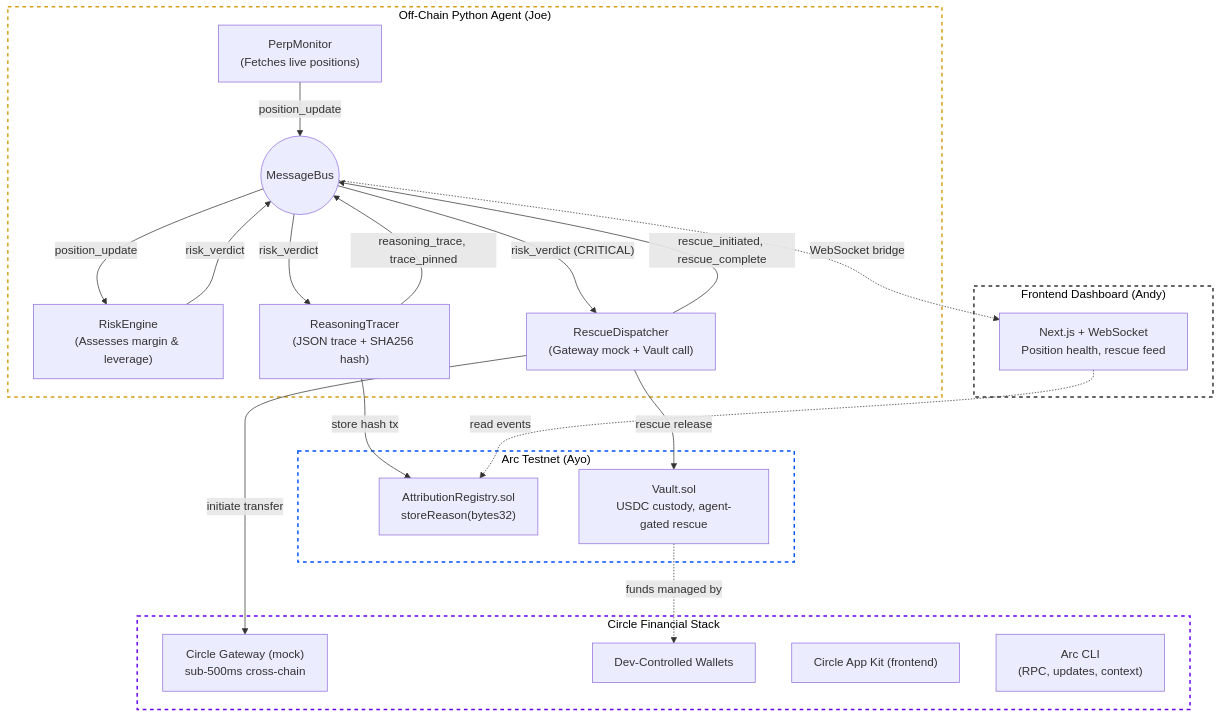
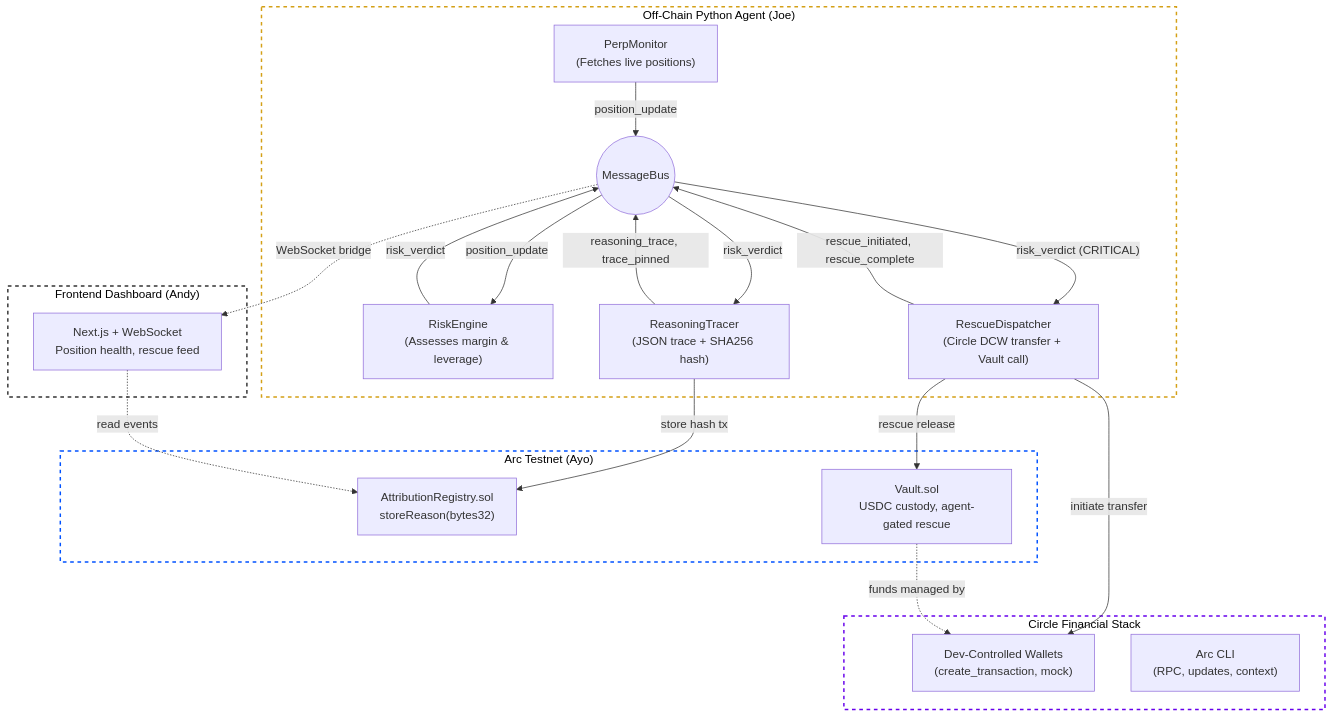
One commit to joethesaint/AGORA-glass changed the diagram in README.md. Above: the diagram before and after it, drawn with Mermaid. The commit also changed other lines of this file and 61 other files, not shown here.

````diff
--- a/README.md
+++ b/README.md
@@ -33,46 +39,44 @@
 ```mermaid
 flowchart TD
     subgraph OffChain["Off-Chain Python Agent (Joe)"]
         Monitor["PerpMonitor\n(Fetches live positions)"]
         Engine["RiskEngine\n(Assesses margin & leverage)"]
         Tracer["ReasoningTracer\n(JSON trace + SHA256 hash)"]
-        Dispatcher["RescueDispatcher\n(Gateway mock + Vault call)"]
+        Dispatcher["RescueDispatcher\n(Circle DCW transfer + Vault call)"]
         Bus(("MessageBus"))
 
         Monitor -->|position_update| Bus
         Bus -->|position_update| Engine
         Engine -->|risk_verdict| Bus
         Bus -->|risk_verdict| Tracer
         Bus -->|"risk_verdict (CRITICAL)"| Dispatcher
         Tracer -->|reasoning_trace, trace_pinned| Bus
         Dispatcher -->|rescue_initiated, rescue_complete| Bus
     end
 
     subgraph OnChain["Arc Testnet (Ayo)"]
         Registry["AttributionRegistry.sol\nstoreReason(bytes32)"]
         Vault["Vault.sol\nUSDC custody, agent-gated rescue"]
     end
 
     subgraph CircleStack["Circle Financial Stack"]
-        Gateway["Circle Gateway (mock)\nsub-500ms cross-chain"]
-        Wallets["Dev-Controlled Wallets"]
-        AppKit["Circle App Kit (frontend)"]
+        Wallets["Dev-Controlled Wallets\n(create_transaction, mock)"]
         CLI["Arc CLI\n(RPC, updates, context)"]
     end
 
     subgraph Frontend["Frontend Dashboard (Andy)"]
         UI["Next.js + WebSocket\nPosition health, rescue feed"]
     end
 
     Bus -.->|"WebSocket bridge"| UI
     Tracer -->|store hash tx| Registry
     Dispatcher -->|rescue release| Vault
-    Dispatcher -->|initiate transfer| Gateway
+    Dispatcher -->|initiate transfer| Wallets
     Vault -.->|funds managed by| Wallets
     UI -.->|read events| Registry
 
     style OffChain fill:none,stroke:#d4a017,stroke-width:2px,stroke-dasharray:5 5,color:#000
     style OnChain fill:none,stroke:#0052ff,stroke-width:2px,stroke-dasharray:5 5,color:#000
     style CircleStack fill:none,stroke:#6700eb,stroke-width:2px,stroke-dasharray:5 5,color:#000
     style Frontend fill:none,stroke:#333,stroke-width:2px,stroke-dasharray:5 5,color:#000
 ```
````
